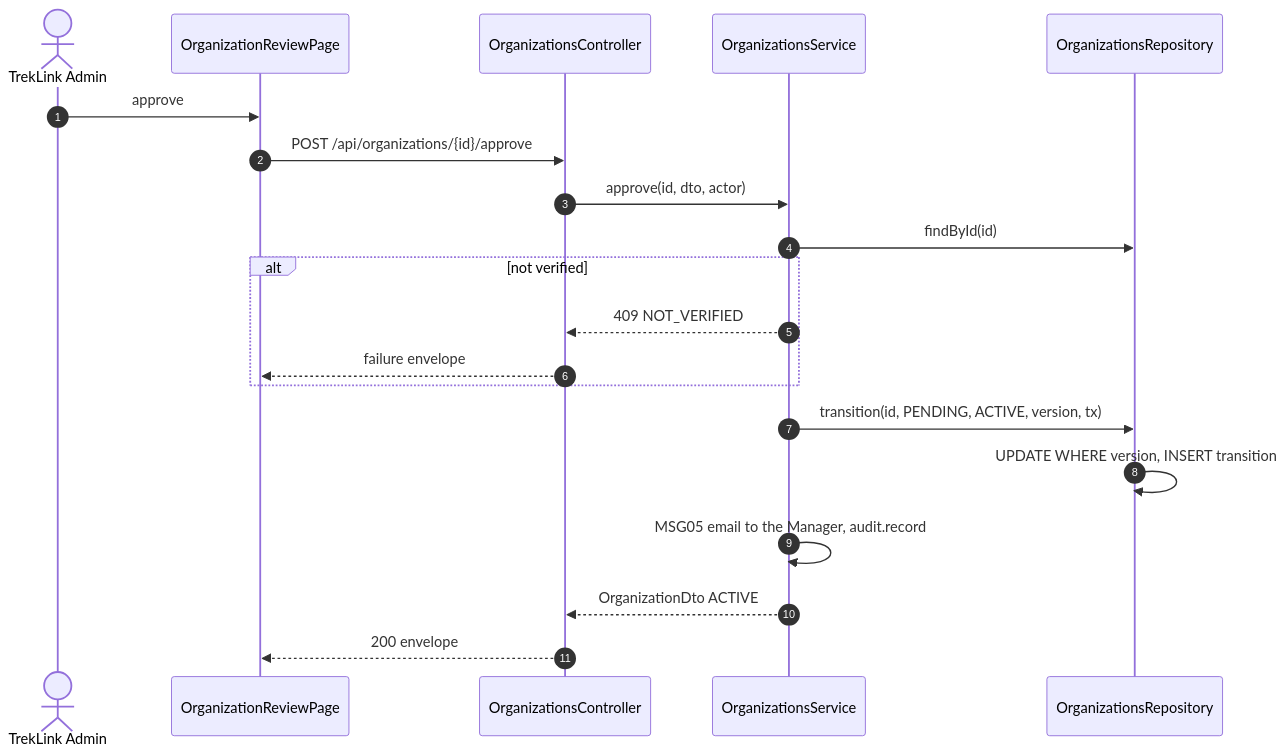
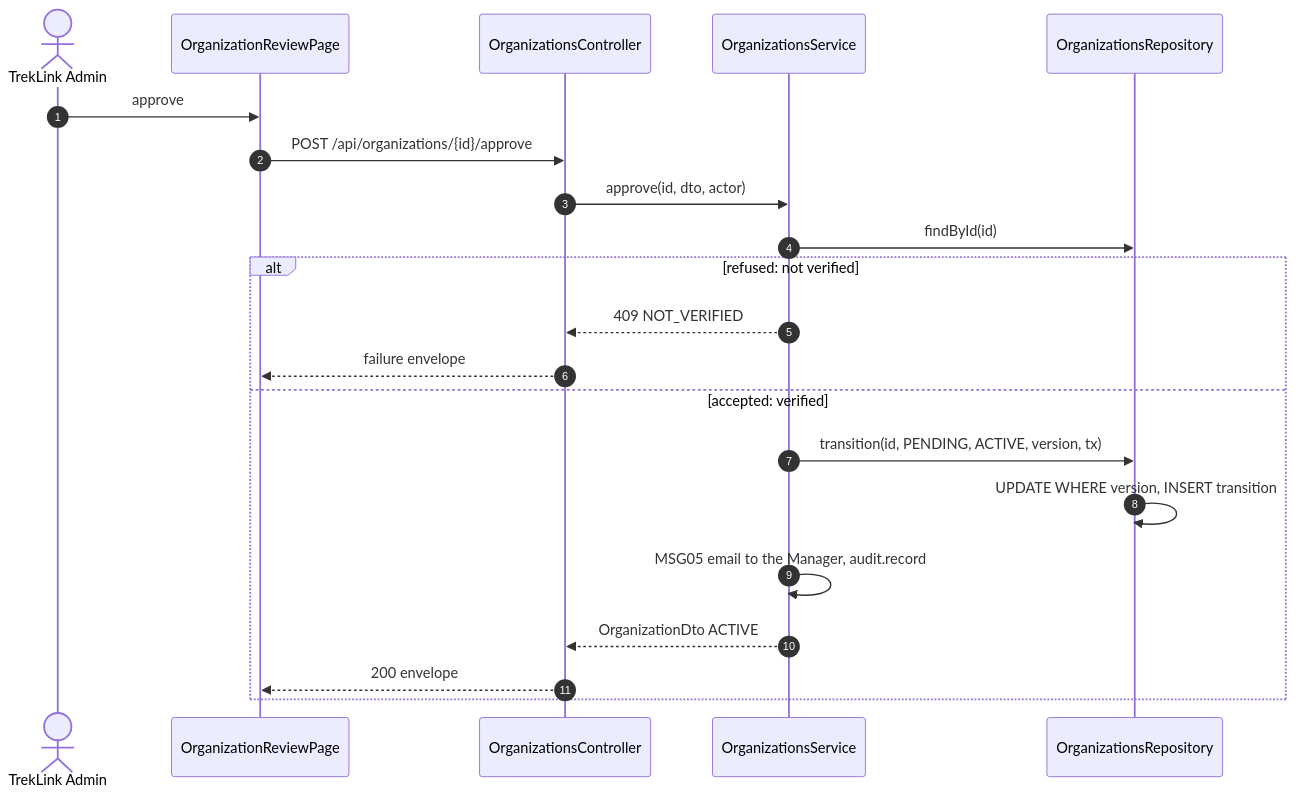
The seventh of 11 diagrams in specs/organizations/design.md (TrekLink-Team/treklink-web), drawn with Mermaid before and after one commit. The commit also changed other lines of this file and 39 other files, not shown here.

First line of the commit message:
docs: design periodic maintenance (D-047) and apply the SDD sequence conventions

````diff
--- a/specs/organizations/design.md
+++ b/specs/organizations/design.md
@@ -313,22 +314,23 @@
 ```mermaid
 sequenceDiagram
     autonumber
     actor Ad as TrekLink Admin
     participant P as OrganizationReviewPage
     participant C as OrganizationsController
     participant S as OrganizationsService
     participant R as OrganizationsRepository
     Ad->>P: approve
     P->>C: POST /api/organizations/{id}/approve
     C->>S: approve(id, dto, actor)
     S->>R: findById(id)
-    alt not verified
+    alt refused: not verified
         S-->>C: 409 NOT_VERIFIED
         C-->>P: failure envelope
+    else accepted: verified
+        S->>R: transition(id, PENDING, ACTIVE, version, tx)
+        R->>R: UPDATE WHERE version, INSERT transition
+        S->>S: MSG05 email to the Manager, audit.record
+        S-->>C: OrganizationDto ACTIVE
+        C-->>P: 200 envelope
     end
-    S->>R: transition(id, PENDING, ACTIVE, version, tx)
-    R->>R: UPDATE WHERE version, INSERT transition
-    S->>S: MSG05 email to the Manager, audit.record
-    S-->>C: OrganizationDto ACTIVE
-    C-->>P: 200 envelope
 ```
````
